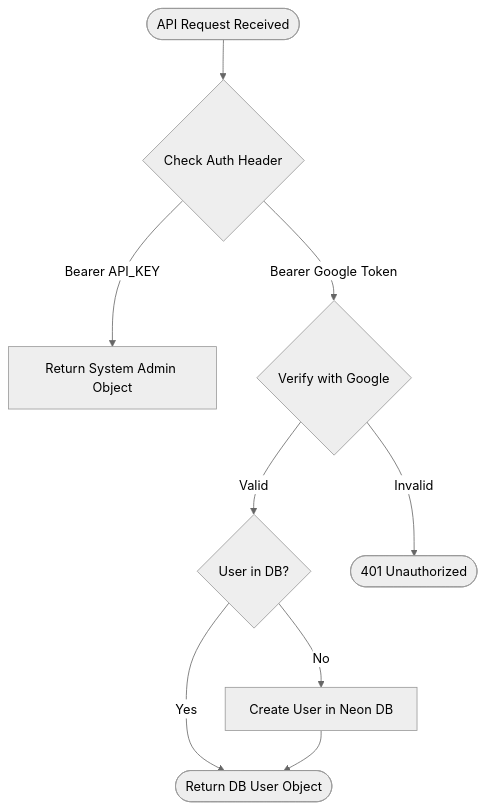
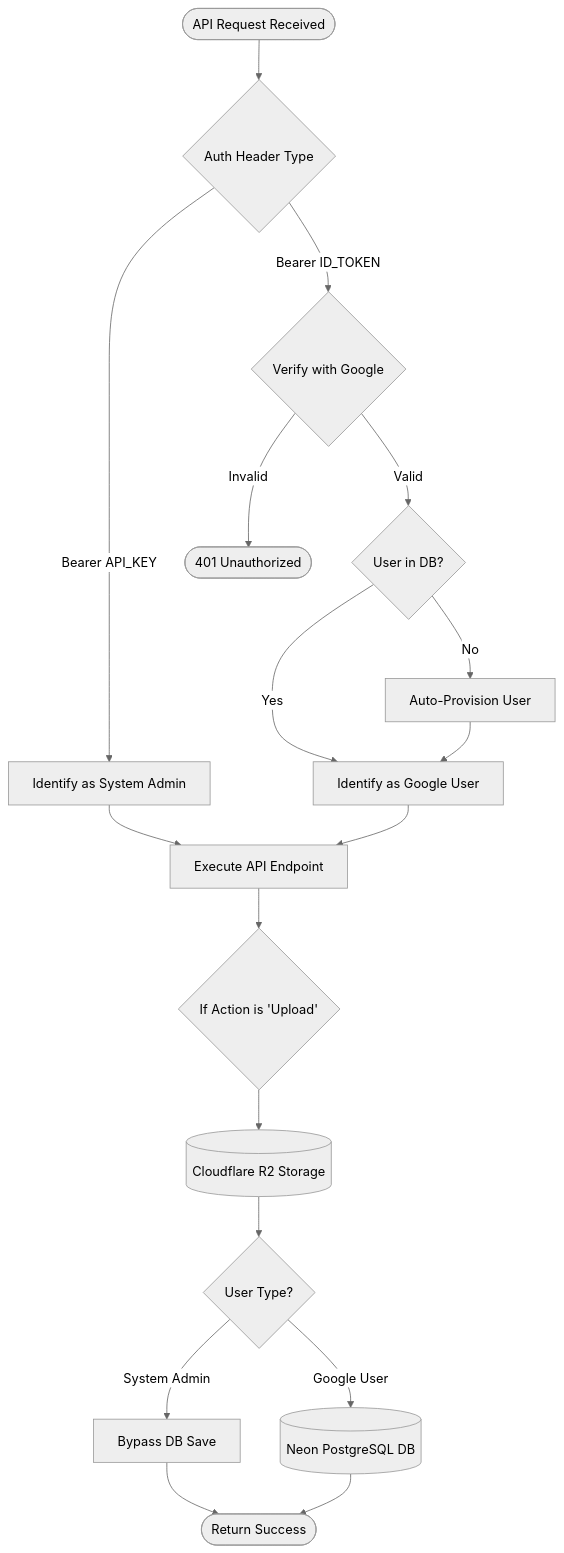
One commit to Iconic-Aman/Mistral-Pdf-Summarizer changed the diagram in authentication.md. Above: the diagram before and after it, drawn with Mermaid (neutral theme). The commit also changed 5 other files, not shown here.

Commit message:
feat: Implement core FastAPI backend with database integration, authentication, and summarization job management.

````diff
--- a/authentication.md
+++ b/authentication.md
@@ -12,13 +12,28 @@
 ```mermaid
 flowchart TD
-    Start([API Request Received]) --> AuthHeader{Check Auth Header}
-    AuthHeader -- "Bearer API_KEY" --> SysAdmin[Return System Admin Object]
-    AuthHeader -- "Bearer Google Token" --> GoogleVerify{Verify with Google}
-
-    GoogleVerify -- "Valid" --> DBCheck{User in DB?}
+    Start([API Request Received]) --> AuthHeader{Auth Header Type}
+    
+    %% Authentication Phase
+    AuthHeader -- "Bearer API_KEY" --> SysAuth[Identify as System Admin]
+    AuthHeader -- "Bearer ID_TOKEN" --> GoogleVerify{Verify with Google}
+    
+    GoogleVerify -- "Valid" --> UserLookup{User in DB?}
     GoogleVerify -- "Invalid" --> Fail([401 Unauthorized])
-
-    DBCheck -- "No" --> CreateUser[Create User in Neon DB]
-    DBCheck -- "Yes" --> Success
-    CreateUser --> Success([Return DB User Object])
+    
+    UserLookup -- "No" --> CreateUser[Auto-Provision User]
+    UserLookup -- "Yes" --> UserFound[Identify as Google User]
+    CreateUser --> UserFound
+    
+    %% Post-Authentication Action (Example: Upload)
+    SysAuth & UserFound --> Endpoint[Execute API Endpoint]
+    
+    Endpoint --> UploadLogic{If Action is 'Upload'}
+    UploadLogic --> R2[(Cloudflare R2 Storage)]
+    
+    R2 --> Persistence{User Type?}
+    Persistence -- "System Admin" --> Bypass[Bypass DB Save]
+    Persistence -- "Google User" --> Neon[(Neon PostgreSQL DB)]
+    
+    Bypass --> Success([Return Success])
+    Neon --> Success
 ```
````
